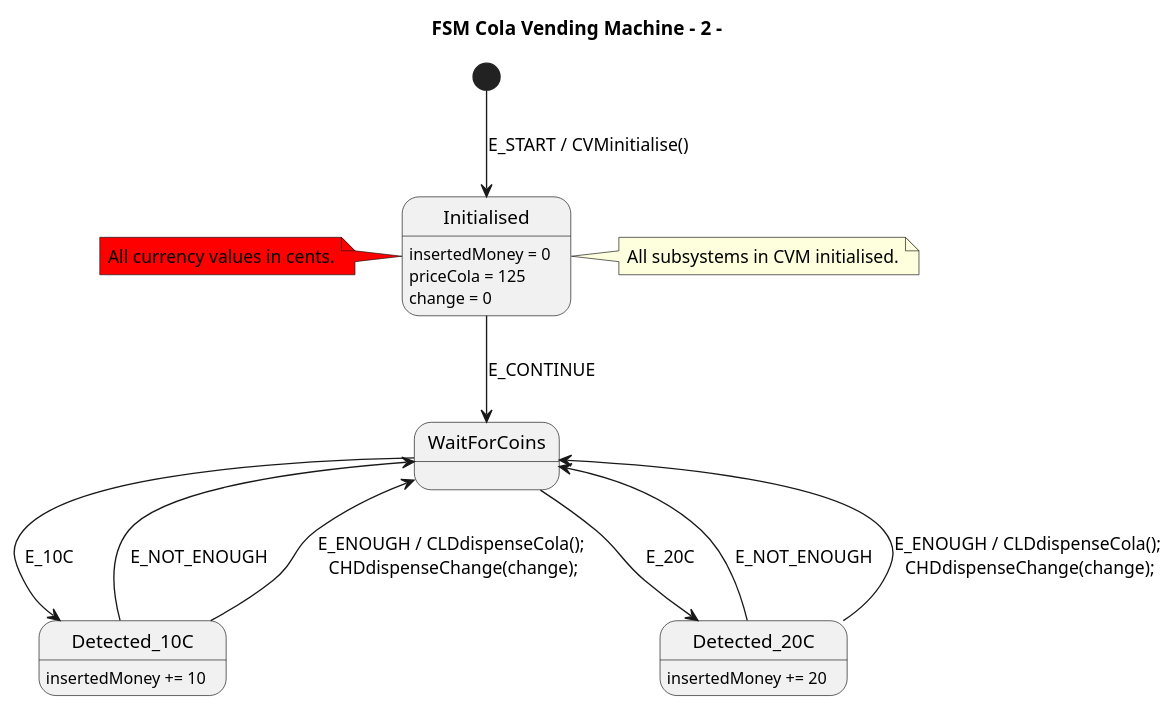
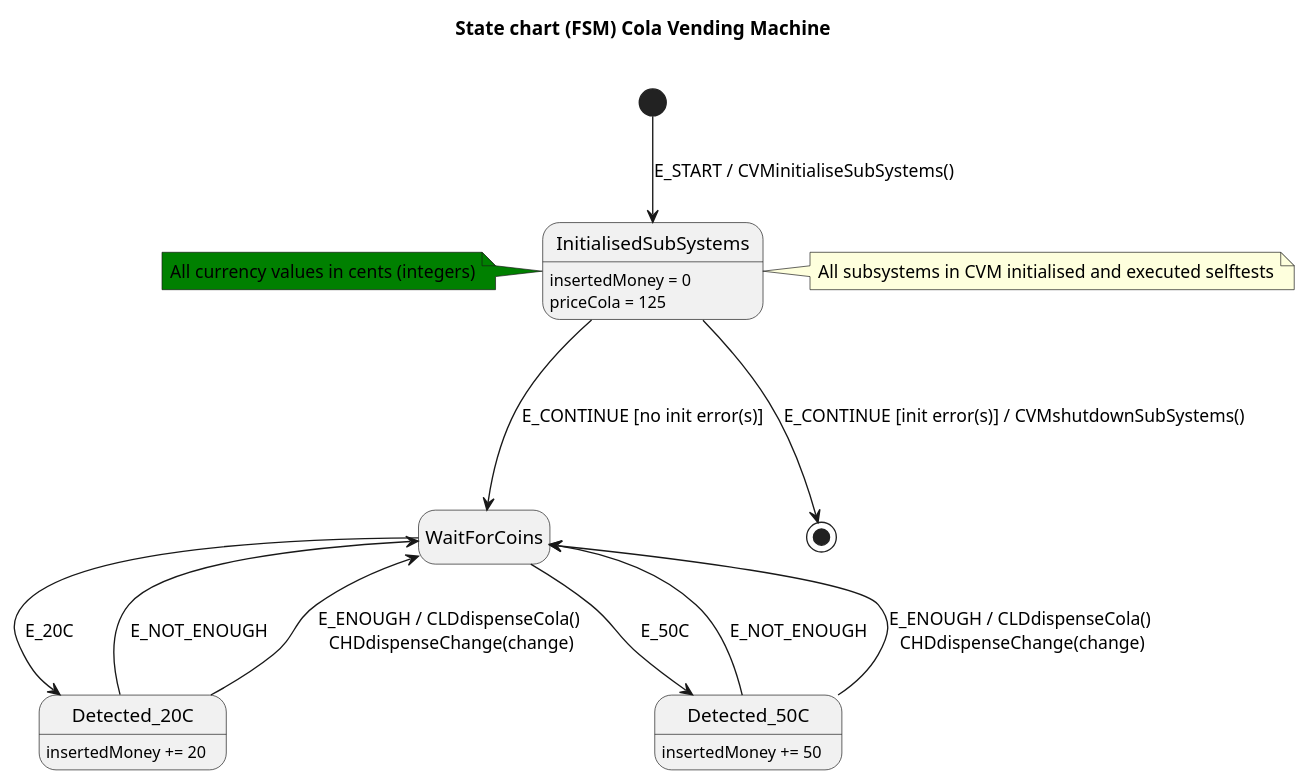
The diagram in ColaVendingMachine/CVM-2/uml/ColaVendingMachine-2-fsm.puml (josokw/IntroductionC), drawn with PlantUML before and after one commit. The commit also changed 28 other files, not shown here.

```diff
--- a/ColaVendingMachine/CVM-2/uml/ColaVendingMachine-2-fsm.puml
+++ b/ColaVendingMachine/CVM-2/uml/ColaVendingMachine-2-fsm.puml
@@ -1,31 +1,33 @@
 @startuml
 
-title FSM Cola Vending Machine - 2 -
+hide empty description
 
-[*] --> Initialised : E_START / CVMinitialise()
-Initialised : insertedMoney = 0
-Initialised : priceCola = 125
-Initialised : change = 0
-Initialised --> WaitForCoins : E_CONTINUE
+title State chart (FSM) Cola Vending Machine\n
 
-WaitForCoins --> Detected_10C : E_10C
-Detected_10C : insertedMoney += 10
-Detected_10C --> WaitForCoins : E_NOT_ENOUGH
-Detected_10C --> WaitForCoins : \
-	E_ENOUGH / CLDdispenseCola();\n CHDdispenseChange(change);
+[*] --> InitialisedSubSystems : E_START / CVMinitialiseSubSystems()
+InitialisedSubSystems : insertedMoney = 0
+InitialisedSubSystems : priceCola = 125
+InitialisedSubSystems ---> WaitForCoins : E_CONTINUE [no init error(s)]
+InitialisedSubSystems ---> [*] : E_CONTINUE [init error(s)] / CVMshutdownSubSystems()
 
 WaitForCoins --> Detected_20C : E_20C
 Detected_20C : insertedMoney += 20
 Detected_20C --> WaitForCoins : E_NOT_ENOUGH
 Detected_20C --> WaitForCoins : \
-	E_ENOUGH / CLDdispenseCola();\n CHDdispenseChange(change);
+	E_ENOUGH / CLDdispenseCola()\n CHDdispenseChange(change)
 
-note right of Initialised
-	All subsystems in CVM initialised.
+WaitForCoins --> Detected_50C : E_50C
+Detected_50C : insertedMoney += 50
+Detected_50C --> WaitForCoins : E_NOT_ENOUGH
+Detected_50C --> WaitForCoins : \
+	E_ENOUGH / CLDdispenseCola()\n CHDdispenseChange(change)
+
+note right of InitialisedSubSystems
+    All subsystems in CVM initialised and executed selftests
 end note
 
-note left of Initialised #red
-	All currency values in cents.
+note left of InitialisedSubSystems #green
+    All currency values in cents (integers)
 end note
 
 @enduml
```
